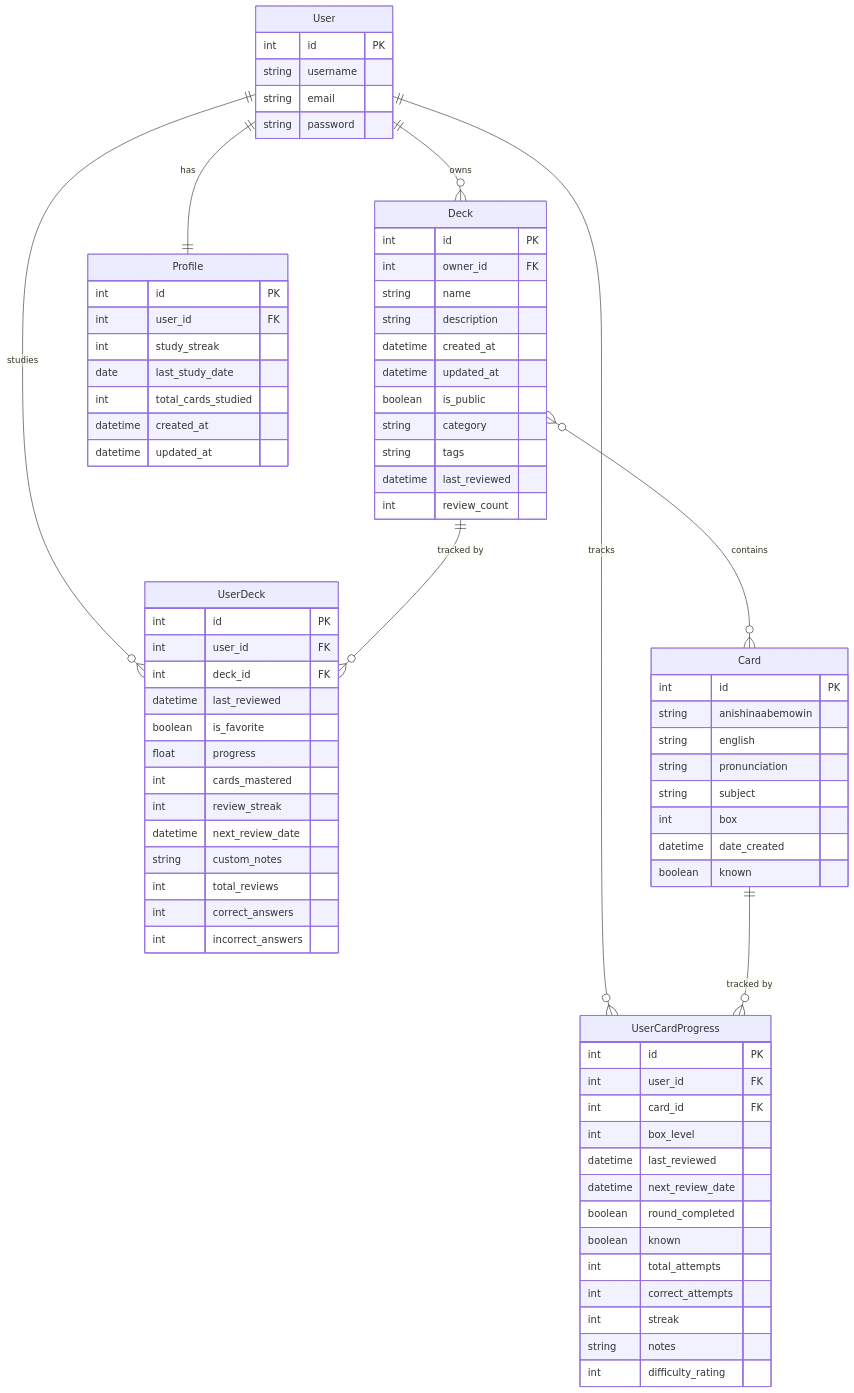
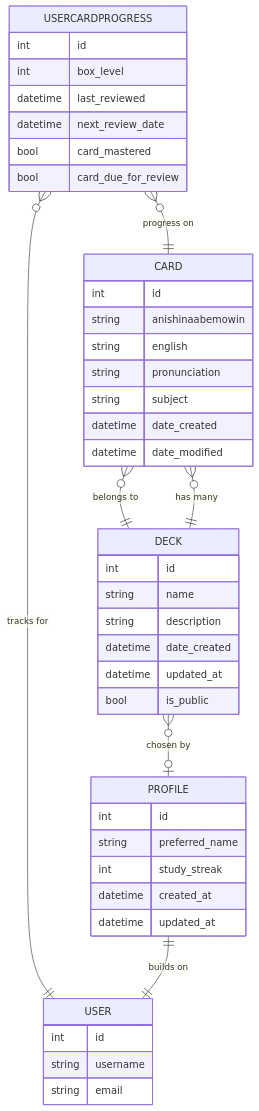
The diagram in models.mermaid (kristinealli/MOWINdepreciated), drawn with Mermaid before and after one commit. The commit also changed other lines of this file and 64 other files, not shown here.

```diff
--- a/models.mermaid
+++ b/models.mermaid
@@ -1,84 +1,54 @@
 erDiagram
-    User ||--o{ Deck : owns
-    User ||--|| Profile : has
-    User ||--o{ UserDeck : studies
-    User ||--o{ UserCardProgress : tracks
 
-    Deck ||--o{ UserDeck : "tracked by"
-    Deck }o--o{ Card : contains
+    USERCARDPROGRESS {
+        int id
+        int box_level
+        datetime last_reviewed
+        datetime next_review_date
+        bool card_mastered
+        bool card_due_for_review
+    }
+    USERCARDPROGRESS }o--|| USER : "tracks for"
+    USERCARDPROGRESS }o--|| CARD : "progress on"
 
-    Card ||--o{ UserCardProgress : "tracked by"
-
-    User {
-        int id PK
-        string username
-        string email
-        string password
-    }
-
-    Profile {
-        int id PK
-        int user_id FK
-        int study_streak
-        date last_study_date
-        int total_cards_studied
-        datetime created_at
-        datetime updated_at
-    }
-
-    Deck {
-        int id PK
-        int owner_id FK
-        string name
-        string description
-        datetime created_at
-        datetime updated_at
-        boolean is_public
-        string category
-        string tags
-        datetime last_reviewed
-        int review_count
-    }
-
-    Card {
-        int id PK
+    CARD {
+        int id
         string anishinaabemowin
         string english
         string pronunciation
         string subject
-        int box
         datetime date_created
-        boolean known
+        datetime date_modified
+    }
+    
+    CARD }o--|| DECK : "belongs to"
+    
+    DECK {
+        int id
+        string name
+        string description
+        datetime date_created
+        datetime updated_at
+        bool is_public
     }
 
-    UserDeck {
-        int id PK
-        int user_id FK
-        int deck_id FK
-        datetime last_reviewed
-        boolean is_favorite
-        float progress
-        int cards_mastered
-        int review_streak
-        datetime next_review_date
-        string custom_notes
-        int total_reviews
-        int correct_answers
-        int incorrect_answers
+
+    
+    DECK }o--o| PROFILE : "chosen by"
+    DECK ||--o{ CARD : "has many"
+
+
+    PROFILE {
+        int id
+        string preferred_name
+        int study_streak
+        datetime created_at
+        datetime updated_at
     }
-
-    UserCardProgress {
-        int id PK
-        int user_id FK
-        int card_id FK
-        int box_level
-        datetime last_reviewed
-        datetime next_review_date
-        boolean round_completed
-        boolean known
-        int total_attempts
-        int correct_attempts
-        int streak
-        string notes
-        int difficulty_rating
+    PROFILE ||--|| USER : "builds on"
+    
+    USER {
+        int id
+        string username
+        string email
     }
```
